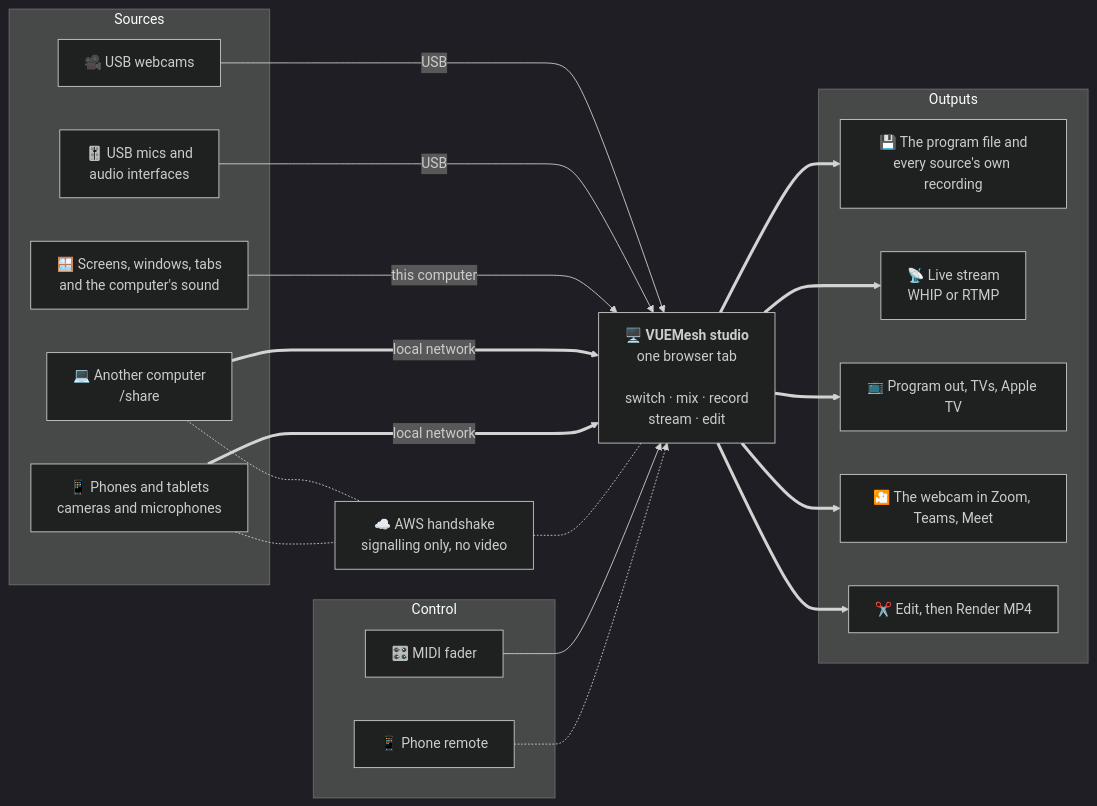
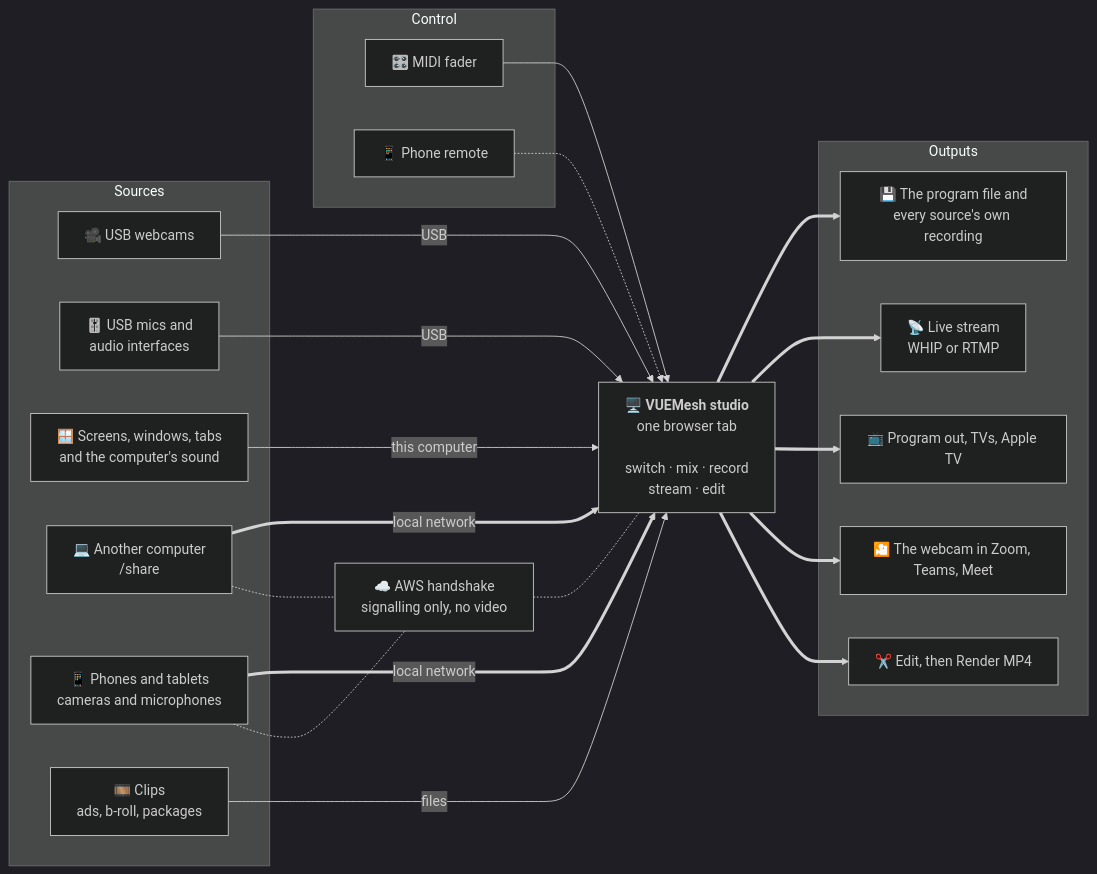
One commit to jtalbott22/vuemesh changed the first of 3 diagrams in README.md. Above: the diagram before and after it, drawn with Mermaid (dark theme). The commit also changed other lines of this file, not shown here.

First line of the commit message:
README: clips for ads, b-roll and packages; breaks your way

````diff
--- a/README.md
+++ b/README.md
@@ -204,43 +207,45 @@
 ```mermaid
 flowchart LR
   subgraph In["Sources"]
     USBc["🎥 USB webcams"]
     USBa["🎚️ USB mics and<br/>audio interfaces"]
     Scr["🪟 Screens, windows, tabs<br/>and the computer's sound"]
     Share["💻 Another computer<br/>/share"]
     Cams["📱 Phones and tablets<br/>cameras and microphones"]
+    Clips["🎞️ Clips<br/>ads, b-roll, packages"]
   end
 
   Cloud["☁️ AWS handshake<br/>signalling only, no video"]
 
   Studio["🖥️ <b>VUEMesh studio</b><br/>one browser tab<br/><br/>switch · mix · record<br/>stream · edit"]
 
   subgraph Ctl["Control"]
     Midi["🎛️ MIDI fader"]
     Remote["📱 Phone remote"]
   end
 
   subgraph Outs["Outputs"]
     Rec["💾 The program file and<br/>every source's own recording"]
     Stream["📡 Live stream<br/>WHIP or RTMP"]
     Screens["📺 Program out, TVs, Apple TV"]
     Call["🎦 The webcam in Zoom, Teams, Meet"]
     Edit["✂️ Edit, then Render MP4"]
   end
 
   USBc -- "USB" --> Studio
   USBa -- "USB" --> Studio
   Scr -- "this computer" --> Studio
   Share == "local network" ==> Studio
   Cams == "local network" ==> Studio
+  Clips -- "files" --> Studio
   Share -.- Cloud
   Cams -.- Cloud
   Cloud -.- Studio
   Midi --> Studio
   Remote -.-> Studio
   Studio ==> Rec
   Studio ==> Stream
   Studio ==> Screens
   Studio ==> Call
   Studio ==> Edit
 ```
````
